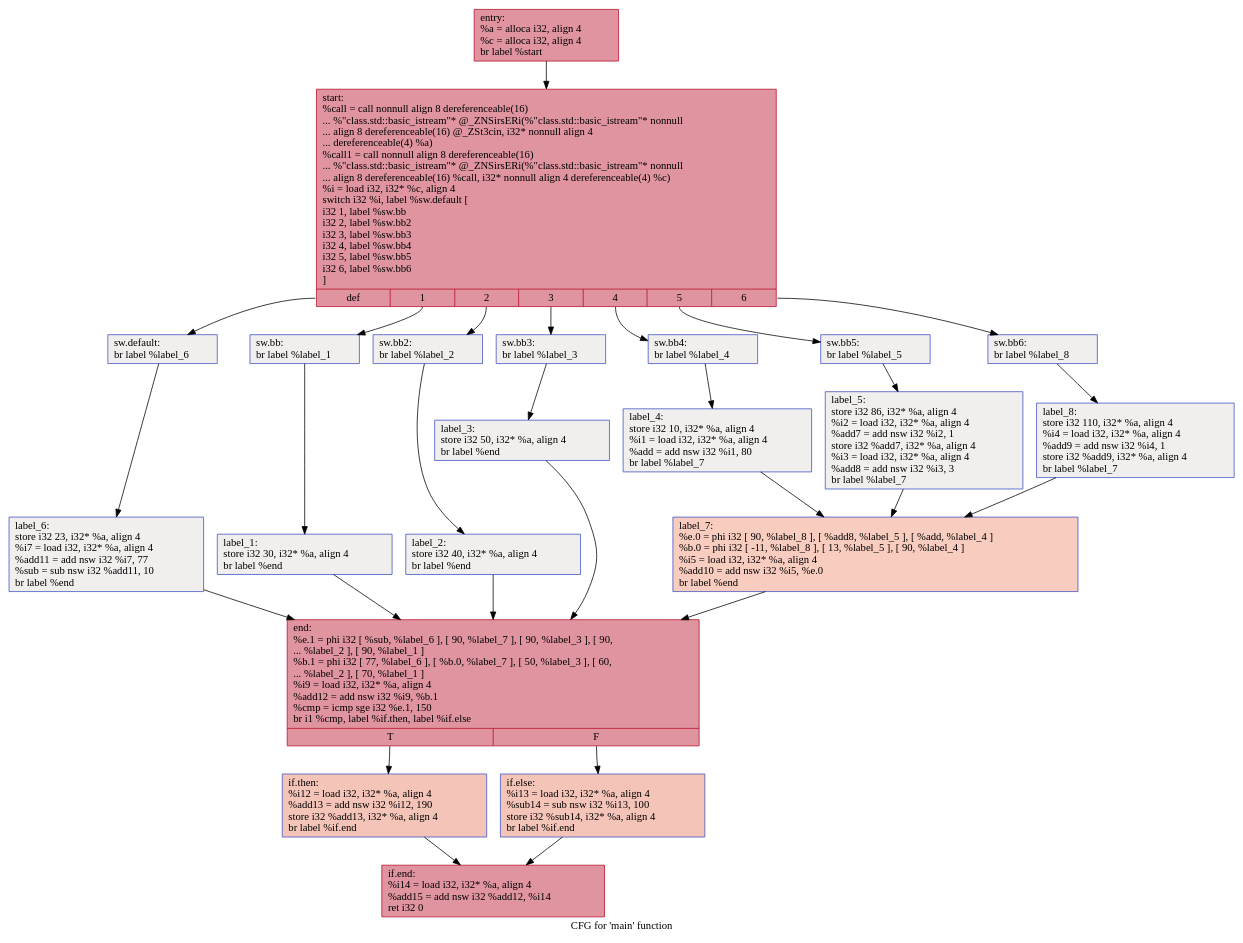
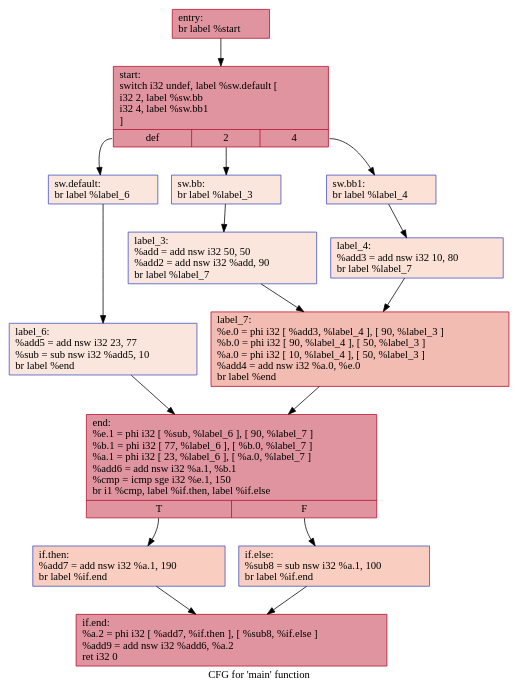
The diagram in IR/cfg/baseline.dot (HPSSA-LLVM/HPSSA-LLVM), drawn with Graphviz before and after one commit. The commit also changed 67 other files, not shown here.

```diff
--- a/IR/cfg/baseline.dot
+++ b/IR/cfg/baseline.dot
@@ -1,52 +1,32 @@
 digraph "CFG for 'main' function" {
 	label="CFG for 'main' function";
 
-	Node0x5556e15b5560 [shape=record,color="#b70d28ff", style=filled, fillcolor="#b70d2870",label="{entry:\l  %a = alloca i32, align 4\l  %c = alloca i32, align 4\l  br label %start\l}"];
-	Node0x5556e15b5560 -> Node0x5556e15b57b0;
-	Node0x5556e15b57b0 [shape=record,color="#b70d28ff", style=filled, fillcolor="#b70d2870",label="{start:                                            \l  %call = call nonnull align 8 dereferenceable(16)\l... %\"class.std::basic_istream\"* @_ZNSirsERi(%\"class.std::basic_istream\"* nonnull\l... align 8 dereferenceable(16) @_ZSt3cin, i32* nonnull align 4\l... dereferenceable(4) %a)\l  %call1 = call nonnull align 8 dereferenceable(16)\l... %\"class.std::basic_istream\"* @_ZNSirsERi(%\"class.std::basic_istream\"* nonnull\l... align 8 dereferenceable(16) %call, i32* nonnull align 4 dereferenceable(4) %c)\l  %i = load i32, i32* %c, align 4\l  switch i32 %i, label %sw.default [\l    i32 1, label %sw.bb\l    i32 2, label %sw.bb2\l    i32 3, label %sw.bb3\l    i32 4, label %sw.bb4\l    i32 5, label %sw.bb5\l    i32 6, label %sw.bb6\l  ]\l|{<s0>def|<s1>1|<s2>2|<s3>3|<s4>4|<s5>5|<s6>6}}"];
-	Node0x5556e15b57b0:s0 -> Node0x5556e15b5c40;
-	Node0x5556e15b57b0:s1 -> Node0x5556e15b5d20;
-	Node0x5556e15b57b0:s2 -> Node0x5556e15b5e20;
-	Node0x5556e15b57b0:s3 -> Node0x5556e15b5f20;
-	Node0x5556e15b57b0:s4 -> Node0x5556e15b6020;
-	Node0x5556e15b57b0:s5 -> Node0x5556e15b6120;
-	Node0x5556e15b57b0:s6 -> Node0x5556e15b63c0;
-	Node0x5556e15b5d20 [shape=record,color="#3d50c3ff", style=filled, fillcolor="#e0dbd870",label="{sw.bb:                                            \l  br label %label_1\l}"];
-	Node0x5556e15b5d20 -> Node0x5556e15b66b0;
-	Node0x5556e15b5e20 [shape=record,color="#3d50c3ff", style=filled, fillcolor="#e0dbd870",label="{sw.bb2:                                           \l  br label %label_2\l}"];
-	Node0x5556e15b5e20 -> Node0x5556e15b6790;
-	Node0x5556e15b5f20 [shape=record,color="#3d50c3ff", style=filled, fillcolor="#e0dbd870",label="{sw.bb3:                                           \l  br label %label_3\l}"];
-	Node0x5556e15b5f20 -> Node0x5556e15b6870;
-	Node0x5556e15b6020 [shape=record,color="#3d50c3ff", style=filled, fillcolor="#e0dbd870",label="{sw.bb4:                                           \l  br label %label_4\l}"];
-	Node0x5556e15b6020 -> Node0x5556e15b6950;
-	Node0x5556e15b6120 [shape=record,color="#3d50c3ff", style=filled, fillcolor="#e0dbd870",label="{sw.bb5:                                           \l  br label %label_5\l}"];
-	Node0x5556e15b6120 -> Node0x5556e15b6a30;
-	Node0x5556e15b63c0 [shape=record,color="#3d50c3ff", style=filled, fillcolor="#e0dbd870",label="{sw.bb6:                                           \l  br label %label_8\l}"];
-	Node0x5556e15b63c0 -> Node0x5556e15b6b10;
-	Node0x5556e15b5c40 [shape=record,color="#3d50c3ff", style=filled, fillcolor="#e0dbd870",label="{sw.default:                                       \l  br label %label_6\l}"];
-	Node0x5556e15b5c40 -> Node0x5556e15b6bf0;
-	Node0x5556e15b66b0 [shape=record,color="#3d50c3ff", style=filled, fillcolor="#e0dbd870",label="{label_1:                                          \l  store i32 30, i32* %a, align 4\l  br label %end\l}"];
-	Node0x5556e15b66b0 -> Node0x5556e15b6d90;
-	Node0x5556e15b6790 [shape=record,color="#3d50c3ff", style=filled, fillcolor="#e0dbd870",label="{label_2:                                          \l  store i32 40, i32* %a, align 4\l  br label %end\l}"];
-	Node0x5556e15b6790 -> Node0x5556e15b6d90;
-	Node0x5556e15b6870 [shape=record,color="#3d50c3ff", style=filled, fillcolor="#e0dbd870",label="{label_3:                                          \l  store i32 50, i32* %a, align 4\l  br label %end\l}"];
-	Node0x5556e15b6870 -> Node0x5556e15b6d90;
-	Node0x5556e15b6950 [shape=record,color="#3d50c3ff", style=filled, fillcolor="#e0dbd870",label="{label_4:                                          \l  store i32 10, i32* %a, align 4\l  %i1 = load i32, i32* %a, align 4\l  %add = add nsw i32 %i1, 80\l  br label %label_7\l}"];
-	Node0x5556e15b6950 -> Node0x5556e15b7300;
-	Node0x5556e15b6a30 [shape=record,color="#3d50c3ff", style=filled, fillcolor="#e0dbd870",label="{label_5:                                          \l  store i32 86, i32* %a, align 4\l  %i2 = load i32, i32* %a, align 4\l  %add7 = add nsw i32 %i2, 1\l  store i32 %add7, i32* %a, align 4\l  %i3 = load i32, i32* %a, align 4\l  %add8 = add nsw i32 %i3, 3\l  br label %label_7\l}"];
-	Node0x5556e15b6a30 -> Node0x5556e15b7300;
-	Node0x5556e15b6b10 [shape=record,color="#3d50c3ff", style=filled, fillcolor="#e0dbd870",label="{label_8:                                          \l  store i32 110, i32* %a, align 4\l  %i4 = load i32, i32* %a, align 4\l  %add9 = add nsw i32 %i4, 1\l  store i32 %add9, i32* %a, align 4\l  br label %label_7\l}"];
-	Node0x5556e15b6b10 -> Node0x5556e15b7300;
-	Node0x5556e15b7300 [shape=record,color="#3d50c3ff", style=filled, fillcolor="#f08b6e70",label="{label_7:                                          \l  %e.0 = phi i32 [ 90, %label_8 ], [ %add8, %label_5 ], [ %add, %label_4 ]\l  %b.0 = phi i32 [ -11, %label_8 ], [ 13, %label_5 ], [ 90, %label_4 ]\l  %i5 = load i32, i32* %a, align 4\l  %add10 = add nsw i32 %i5, %e.0\l  br label %end\l}"];
-	Node0x5556e15b7300 -> Node0x5556e15b6d90;
-	Node0x5556e15b6bf0 [shape=record,color="#3d50c3ff", style=filled, fillcolor="#e0dbd870",label="{label_6:                                          \l  store i32 23, i32* %a, align 4\l  %i7 = load i32, i32* %a, align 4\l  %add11 = add nsw i32 %i7, 77\l  %sub = sub nsw i32 %add11, 10\l  br label %end\l}"];
-	Node0x5556e15b6bf0 -> Node0x5556e15b6d90;
-	Node0x5556e15b6d90 [shape=record,color="#b70d28ff", style=filled, fillcolor="#b70d2870",label="{end:                                              \l  %e.1 = phi i32 [ %sub, %label_6 ], [ 90, %label_7 ], [ 90, %label_3 ], [ 90,\l... %label_2 ], [ 90, %label_1 ]\l  %b.1 = phi i32 [ 77, %label_6 ], [ %b.0, %label_7 ], [ 50, %label_3 ], [ 60,\l... %label_2 ], [ 70, %label_1 ]\l  %i9 = load i32, i32* %a, align 4\l  %add12 = add nsw i32 %i9, %b.1\l  %cmp = icmp sge i32 %e.1, 150\l  br i1 %cmp, label %if.then, label %if.else\l|{<s0>T|<s1>F}}"];
-	Node0x5556e15b6d90:s0 -> Node0x5556e15b92c0;
-	Node0x5556e15b6d90:s1 -> Node0x5556e15b9330;
-	Node0x5556e15b92c0 [shape=record,color="#3d50c3ff", style=filled, fillcolor="#e97a5f70",label="{if.then:                                          \l  %i12 = load i32, i32* %a, align 4\l  %add13 = add nsw i32 %i12, 190\l  store i32 %add13, i32* %a, align 4\l  br label %if.end\l}"];
-	Node0x5556e15b92c0 -> Node0x5556e15b9650;
-	Node0x5556e15b9330 [shape=record,color="#3d50c3ff", style=filled, fillcolor="#e97a5f70",label="{if.else:                                          \l  %i13 = load i32, i32* %a, align 4\l  %sub14 = sub nsw i32 %i13, 100\l  store i32 %sub14, i32* %a, align 4\l  br label %if.end\l}"];
-	Node0x5556e15b9330 -> Node0x5556e15b9650;
-	Node0x5556e15b9650 [shape=record,color="#b70d28ff", style=filled, fillcolor="#b70d2870",label="{if.end:                                           \l  %i14 = load i32, i32* %a, align 4\l  %add15 = add nsw i32 %add12, %i14\l  ret i32 0\l}"];
+	Node0x5650fbdb5a30 [shape=record,color="#b70d28ff", style=filled, fillcolor="#b70d2870",label="{entry:\l  br label %start\l}"];
+	Node0x5650fbdb5a30 -> Node0x5650fbdb5b60;
+	Node0x5650fbdb5b60 [shape=record,color="#b70d28ff", style=filled, fillcolor="#b70d2870",label="{start:                                            \l  switch i32 undef, label %sw.default [\l    i32 2, label %sw.bb\l    i32 4, label %sw.bb1\l  ]\l|{<s0>def|<s1>2|<s2>4}}"];
+	Node0x5650fbdb5b60:s0 -> Node0x5650fbdb6070;
+	Node0x5650fbdb5b60:s1 -> Node0x5650fbdb60f0;
+	Node0x5650fbdb5b60:s2 -> Node0x5650fbdb6190;
+	Node0x5650fbdb60f0 [shape=record,color="#3d50c3ff", style=filled, fillcolor="#f3c7b170",label="{sw.bb:                                            \l  br label %label_3\l}"];
+	Node0x5650fbdb60f0 -> Node0x5650fbdb6320;
+	Node0x5650fbdb6190 [shape=record,color="#3d50c3ff", style=filled, fillcolor="#f7bca170",label="{sw.bb1:                                           \l  br label %label_4\l}"];
+	Node0x5650fbdb6190 -> Node0x5650fbdb6400;
+	Node0x5650fbdb6070 [shape=record,color="#3d50c3ff", style=filled, fillcolor="#f3c7b170",label="{sw.default:                                       \l  br label %label_6\l}"];
+	Node0x5650fbdb6070 -> Node0x5650fbdb64e0;
+	Node0x5650fbdb6320 [shape=record,color="#3d50c3ff", style=filled, fillcolor="#f3c7b170",label="{label_3:                                          \l  %add = add nsw i32 50, 50\l  %add2 = add nsw i32 %add, 90\l  br label %label_7\l}"];
+	Node0x5650fbdb6320 -> Node0x5650fbdb6780;
+	Node0x5650fbdb6400 [shape=record,color="#3d50c3ff", style=filled, fillcolor="#f7bca170",label="{label_4:                                          \l  %add3 = add nsw i32 10, 80\l  br label %label_7\l}"];
+	Node0x5650fbdb6400 -> Node0x5650fbdb6780;
+	Node0x5650fbdb6780 [shape=record,color="#b70d28ff", style=filled, fillcolor="#e1675170",label="{label_7:                                          \l  %e.0 = phi i32 [ %add3, %label_4 ], [ 90, %label_3 ]\l  %b.0 = phi i32 [ 90, %label_4 ], [ 50, %label_3 ]\l  %a.0 = phi i32 [ 10, %label_4 ], [ 50, %label_3 ]\l  %add4 = add nsw i32 %a.0, %e.0\l  br label %end\l}"];
+	Node0x5650fbdb6780 -> Node0x5650fbdb6de0;
+	Node0x5650fbdb64e0 [shape=record,color="#3d50c3ff", style=filled, fillcolor="#f3c7b170",label="{label_6:                                          \l  %add5 = add nsw i32 23, 77\l  %sub = sub nsw i32 %add5, 10\l  br label %end\l}"];
+	Node0x5650fbdb64e0 -> Node0x5650fbdb6de0;
+	Node0x5650fbdb6de0 [shape=record,color="#b70d28ff", style=filled, fillcolor="#b70d2870",label="{end:                                              \l  %e.1 = phi i32 [ %sub, %label_6 ], [ 90, %label_7 ]\l  %b.1 = phi i32 [ 77, %label_6 ], [ %b.0, %label_7 ]\l  %a.1 = phi i32 [ 23, %label_6 ], [ %a.0, %label_7 ]\l  %add6 = add nsw i32 %a.1, %b.1\l  %cmp = icmp sge i32 %e.1, 150\l  br i1 %cmp, label %if.then, label %if.else\l|{<s0>T|<s1>F}}"];
+	Node0x5650fbdb6de0:s0 -> Node0x5650fbdb7490;
+	Node0x5650fbdb6de0:s1 -> Node0x5650fbdb7880;
+	Node0x5650fbdb7490 [shape=record,color="#3d50c3ff", style=filled, fillcolor="#f2907270",label="{if.then:                                          \l  %add7 = add nsw i32 %a.1, 190\l  br label %if.end\l}"];
+	Node0x5650fbdb7490 -> Node0x5650fbdb7ae0;
+	Node0x5650fbdb7880 [shape=record,color="#3d50c3ff", style=filled, fillcolor="#f2907270",label="{if.else:                                          \l  %sub8 = sub nsw i32 %a.1, 100\l  br label %if.end\l}"];
+	Node0x5650fbdb7880 -> Node0x5650fbdb7ae0;
+	Node0x5650fbdb7ae0 [shape=record,color="#b70d28ff", style=filled, fillcolor="#b70d2870",label="{if.end:                                           \l  %a.2 = phi i32 [ %add7, %if.then ], [ %sub8, %if.else ]\l  %add9 = add nsw i32 %add6, %a.2\l  ret i32 0\l}"];
 }
```
